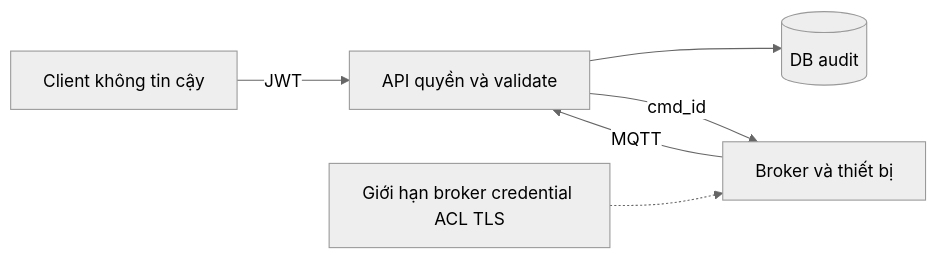
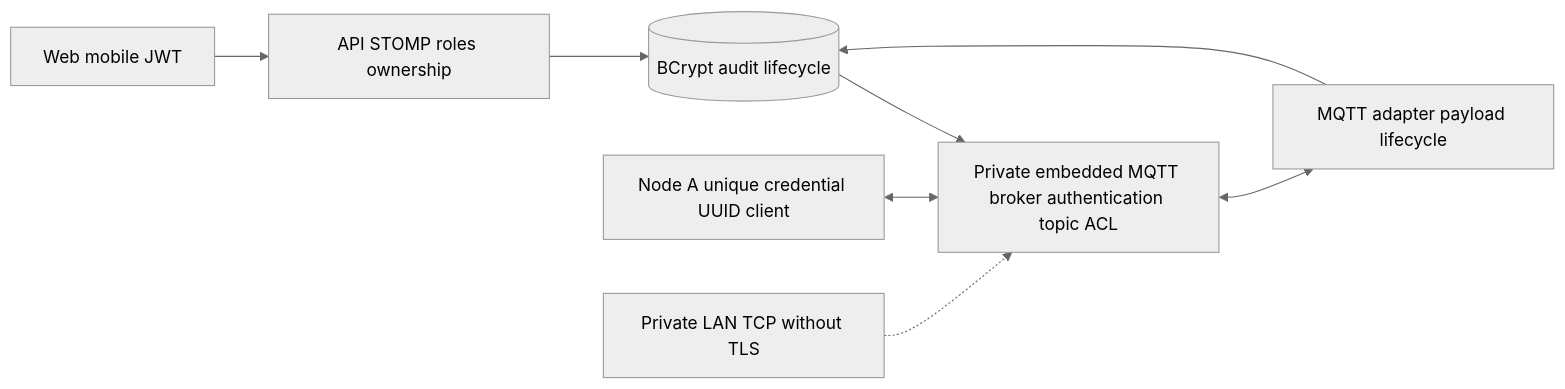
Before and after one commit to hieupham03/smart-motorbike-guardian: the diagram in docs/bao-cao-final/technical/assets/trust-boundaries.mmd, drawn with Mermaid (neutral theme). The commit also changed 46 other files, not shown here.

```diff
--- a/docs/bao-cao-final/technical/assets/trust-boundaries.mmd
+++ b/docs/bao-cao-final/technical/assets/trust-boundaries.mmd
@@ -1,6 +1,8 @@
 flowchart LR
- U[Client không tin cậy] -->|JWT| A[API quyền và validate]
- A --> D[(DB audit)]
- B[Broker và thiết bị] -->|MQTT| A
- A -->|cmd_id| B
- N[Giới hạn broker credential ACL TLS] -.-> B
+ U[Web mobile JWT] --> API[API STOMP roles ownership]
+ API --> DB[(BCrypt audit lifecycle)]
+ A[Node A unique credential UUID client] <--> M[Private embedded MQTT broker authentication topic ACL]
+ M <--> I[MQTT adapter payload lifecycle]
+ DB --> M
+ I --> DB
+ N[Private LAN TCP without TLS] -.-> M
```
